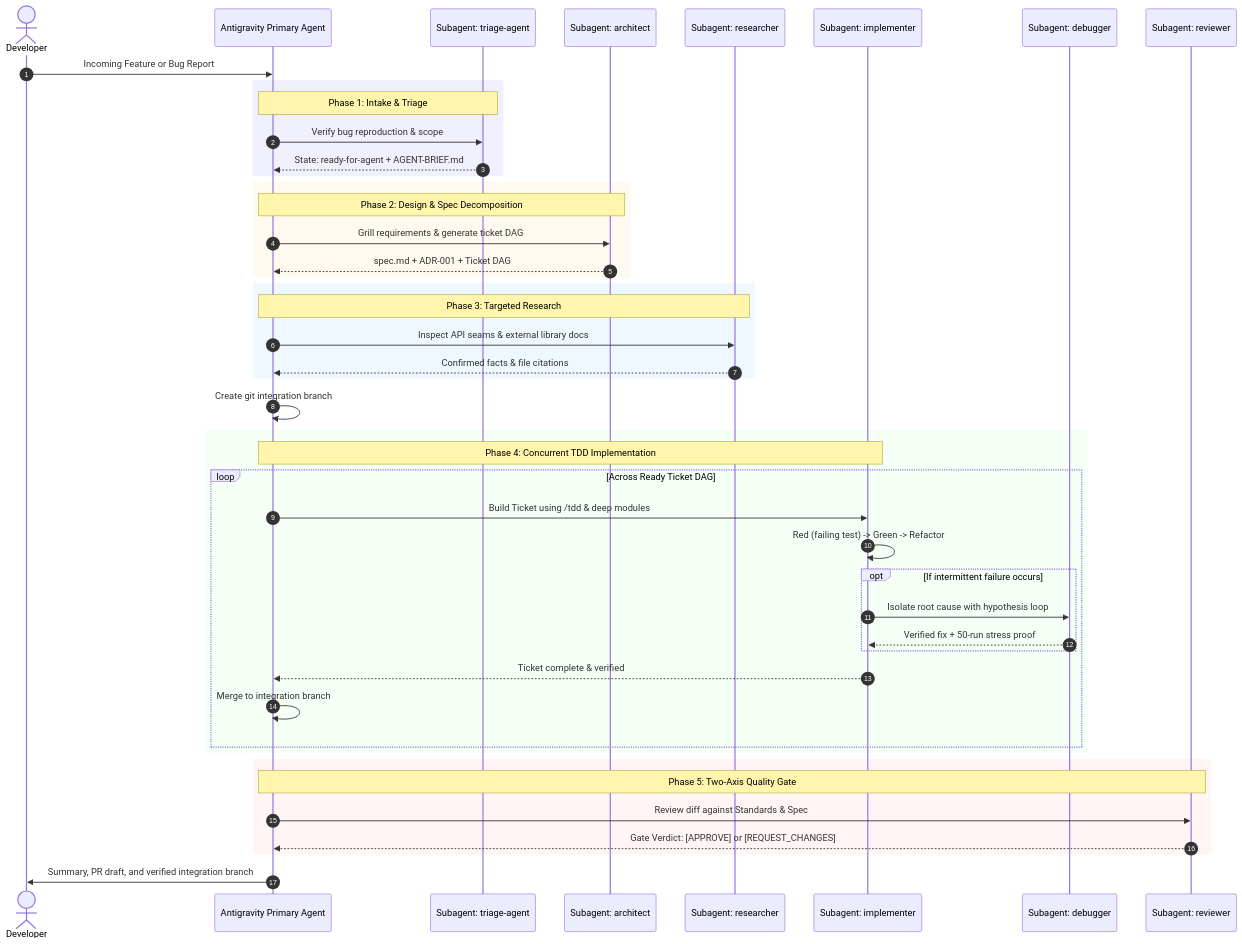
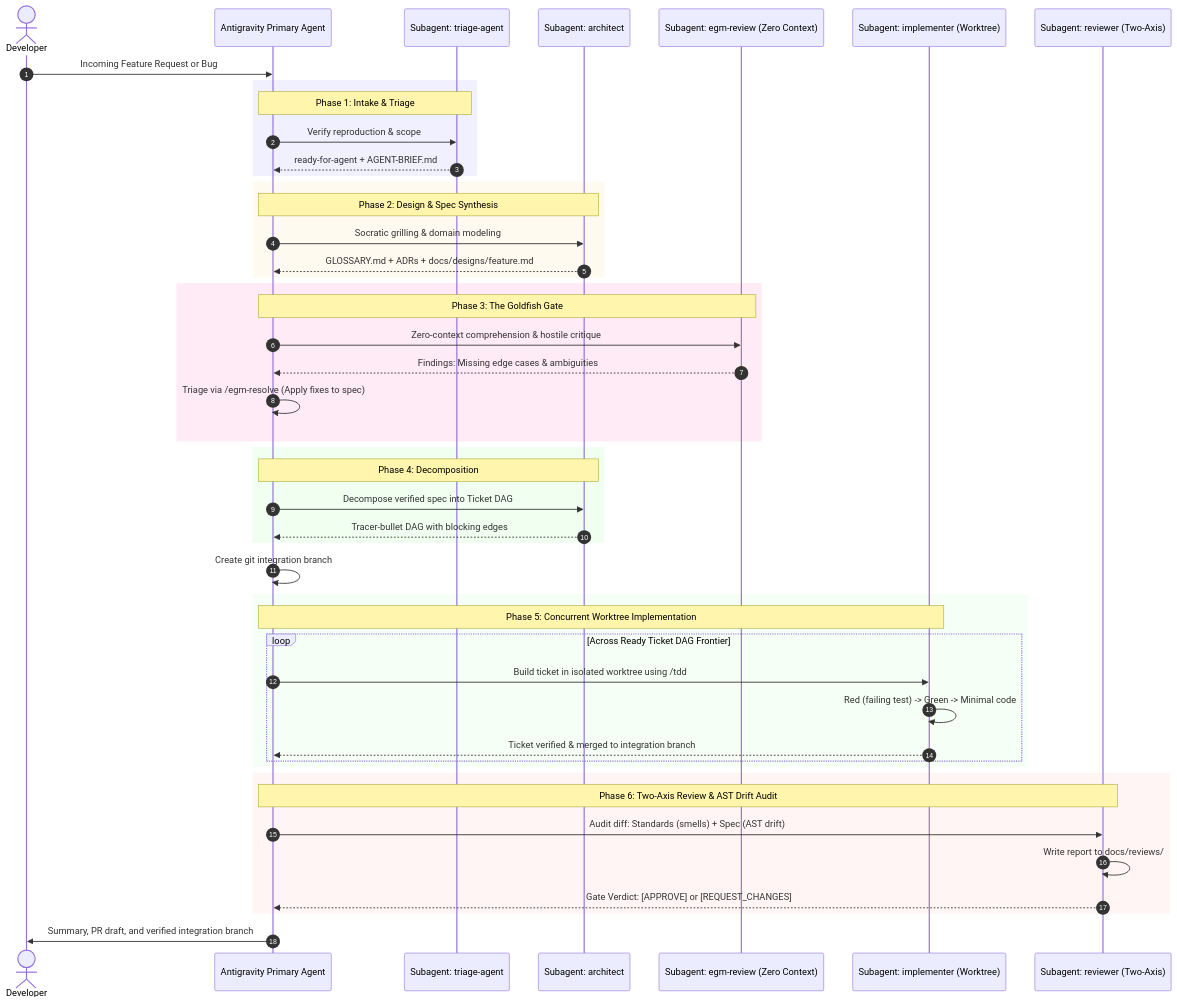
One commit to Saifallah-star/AEGIS changed the second of 2 diagrams in illustration.md. Above: the diagram before and after it, drawn with Mermaid. The commit also changed other lines of this file and 11 other files, not shown here.

Commit message:
Refactor Antigravity Skills Architecture & Illustration Guide: Update lifecycle phases, enhance progressive disclosure model, and clarify subagent roles. Introduce Goldfish Review Gate and improve documentation structure for better clarity and usability.

````diff
--- a/illustration.md
+++ b/illustration.md
@@ -141,56 +133,58 @@
 ```mermaid
 sequenceDiagram
     autonumber
     actor Human as Developer
     participant Main as Antigravity Primary Agent
     participant Triage as Subagent: triage-agent
     participant Architect as Subagent: architect
-    participant Researcher as Subagent: researcher
-    participant Implementer as Subagent: implementer
-    participant Debugger as Subagent: debugger
-    participant Reviewer as Subagent: reviewer
+    participant Goldfish as Subagent: egm-review (Zero Context)
+    participant Implementer as Subagent: implementer (Worktree)
+    participant Reviewer as Subagent: reviewer (Two-Axis)
 
-    Human->>Main: Incoming Feature or Bug Report
+    Human->>Main: Incoming Feature Request or Bug
     
     rect rgb(240, 240, 255)
     note over Main,Triage: Phase 1: Intake & Triage
-    Main->>Triage: Verify bug reproduction & scope
-    Triage-->>Main: State: ready-for-agent + AGENT-BRIEF.md
+    Main->>Triage: Verify reproduction & scope
+    Triage-->>Main: ready-for-agent + AGENT-BRIEF.md
     end
 
     rect rgb(255, 250, 240)
-    note over Main,Architect: Phase 2: Design & Spec Decomposition
-    Main->>Architect: Grill requirements & generate ticket DAG
-    Architect-->>Main: spec.md + ADR-001 + Ticket DAG
+    note over Main,Architect: Phase 2: Design & Spec Synthesis
+    Main->>Architect: Socratic grilling & domain modeling
+    Architect-->>Main: GLOSSARY.md + ADRs + docs/designs/feature.md
     end
 
-    rect rgb(240, 248, 255)
-    note over Main,Researcher: Phase 3: Targeted Research
-    Main->>Researcher: Inspect API seams & external library docs
-    Researcher-->>Main: Confirmed facts & file citations
+    rect rgb(255, 235, 245)
+    note over Main,Goldfish: Phase 3: The Goldfish Gate
+    Main->>Goldfish: Zero-context comprehension & hostile critique
+    Goldfish-->>Main: Findings: Missing edge cases & ambiguities
+    Main->>Main: Triage via /egm-resolve (Apply fixes to spec)
+    end
+
+    rect rgb(240, 255, 240)
+    note over Main,Architect: Phase 4: Decomposition
+    Main->>Architect: Decompose verified spec into Ticket DAG
+    Architect-->>Main: Tracer-bullet DAG with blocking edges
     end
 
     Main->>Main: Create git integration branch
 
     rect rgb(245, 255, 245)
-    note over Main,Implementer: Phase 4: Concurrent TDD Implementation
-    loop Across Ready Ticket DAG
-        Main->>Implementer: Build Ticket using /tdd & deep modules
-        Implementer->>Implementer: Red (failing test) -> Green -> Refactor
-        opt If intermittent failure occurs
-            Implementer->>Debugger: Isolate root cause with hypothesis loop
-            Debugger-->>Implementer: Verified fix + 50-run stress proof
-        end
-        Implementer-->>Main: Ticket complete & verified
-        Main->>Main: Merge to integration branch
+    note over Main,Implementer: Phase 5: Concurrent Worktree Implementation
+    loop Across Ready Ticket DAG Frontier
+        Main->>Implementer: Build ticket in isolated worktree using /tdd
+        Implementer->>Implementer: Red (failing test) -> Green -> Minimal code
+        Implementer-->>Main: Ticket verified & merged to integration branch
     end
     end
 
     rect rgb(255, 245, 245)
-    note over Main,Reviewer: Phase 5: Two-Axis Quality Gate
-    Main->>Reviewer: Review diff against Standards & Spec
+    note over Main,Reviewer: Phase 6: Two-Axis Review & AST Drift Audit
+    Main->>Reviewer: Audit diff: Standards (smells) + Spec (AST drift)
+    Reviewer->>Reviewer: Write report to docs/reviews/
     Reviewer-->>Main: Gate Verdict: [APPROVE] or [REQUEST_CHANGES]
     end
 
     Main->>Human: Summary, PR draft, and verified integration branch
 ```
````
